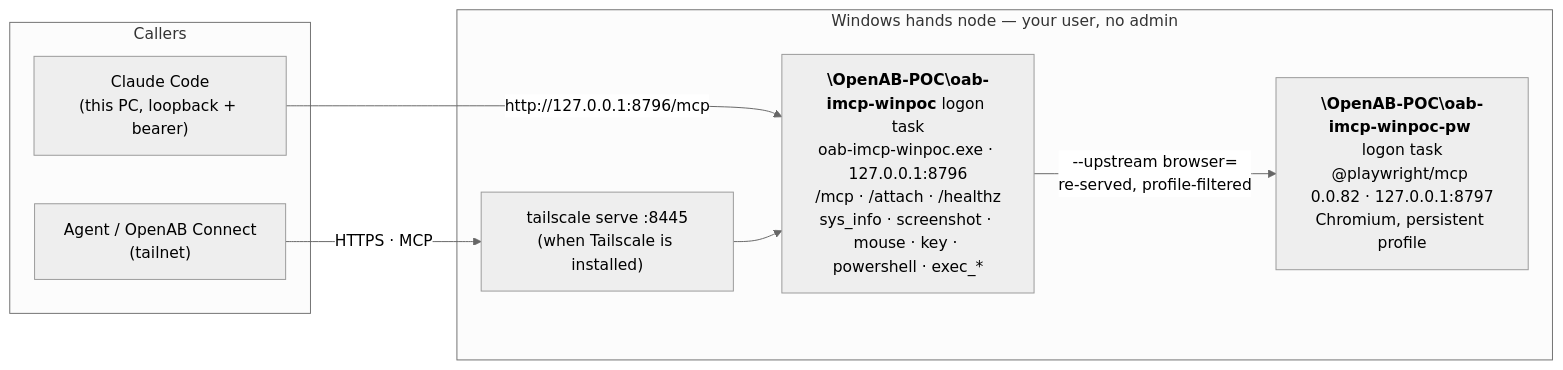
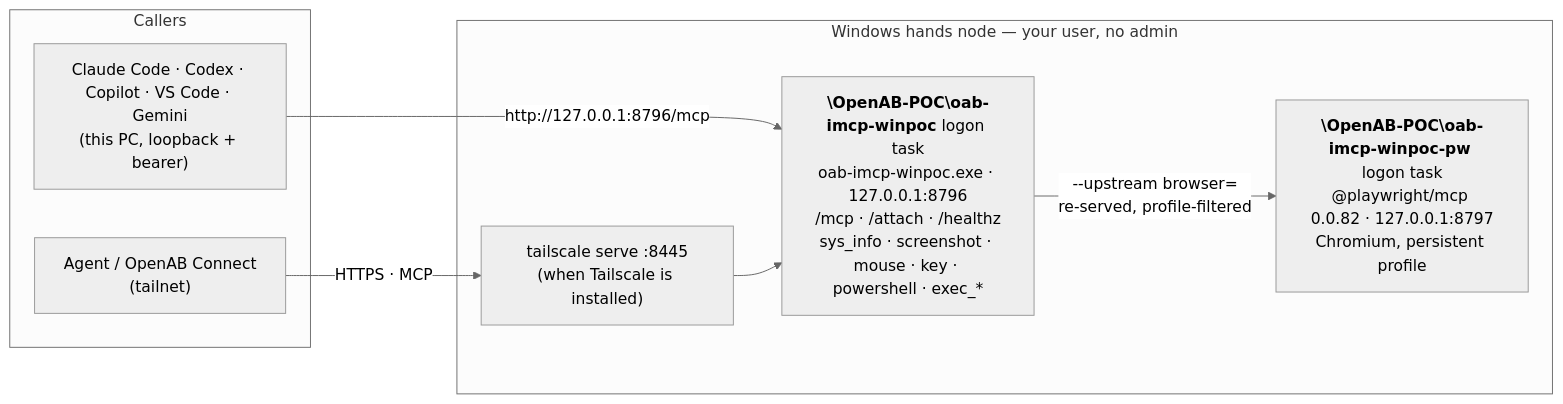
Before and after one commit to pro5251/instance-mcp: the diagram in docs/windows-setup.md, drawn with Mermaid (neutral theme). The commit also changed other lines of this file and 6 other files, not shown here.

````diff
--- a/docs/windows-setup.md
+++ b/docs/windows-setup.md
@@ -18,17 +18,17 @@
 ```mermaid
 flowchart LR
     subgraph callers["Callers"]
-        cc["Claude Code<br/>(this PC, loopback + bearer)"]
+        cc["Claude Code · Codex · Copilot · VS Code · Gemini<br/>(this PC, loopback + bearer)"]
         remote["Agent / OpenAB Connect<br/>(tailnet)"]
     end
 
     subgraph node["Windows hands node — your user, no admin"]
         ts["tailscale serve :8445<br/>(when Tailscale is installed)"]
         mcp["<b>\OpenAB-POC\oab-imcp-winpoc</b> logon task<br/>oab-imcp-winpoc.exe · 127.0.0.1:8796<br/>/mcp · /attach · /healthz<br/>sys_info · screenshot · mouse · key · powershell · exec_*"]
         pw["<b>\OpenAB-POC\oab-imcp-winpoc-pw</b> logon task<br/>@playwright/mcp 0.0.82 · 127.0.0.1:8797<br/>Chromium, persistent profile"]
     end
 
     cc -- "http://127.0.0.1:8796/mcp" --> mcp
     remote -- "HTTPS · MCP" --> ts --> mcp
     mcp -- "--upstream browser=<br/>re-served, profile-filtered" --> pw
 ```
````
